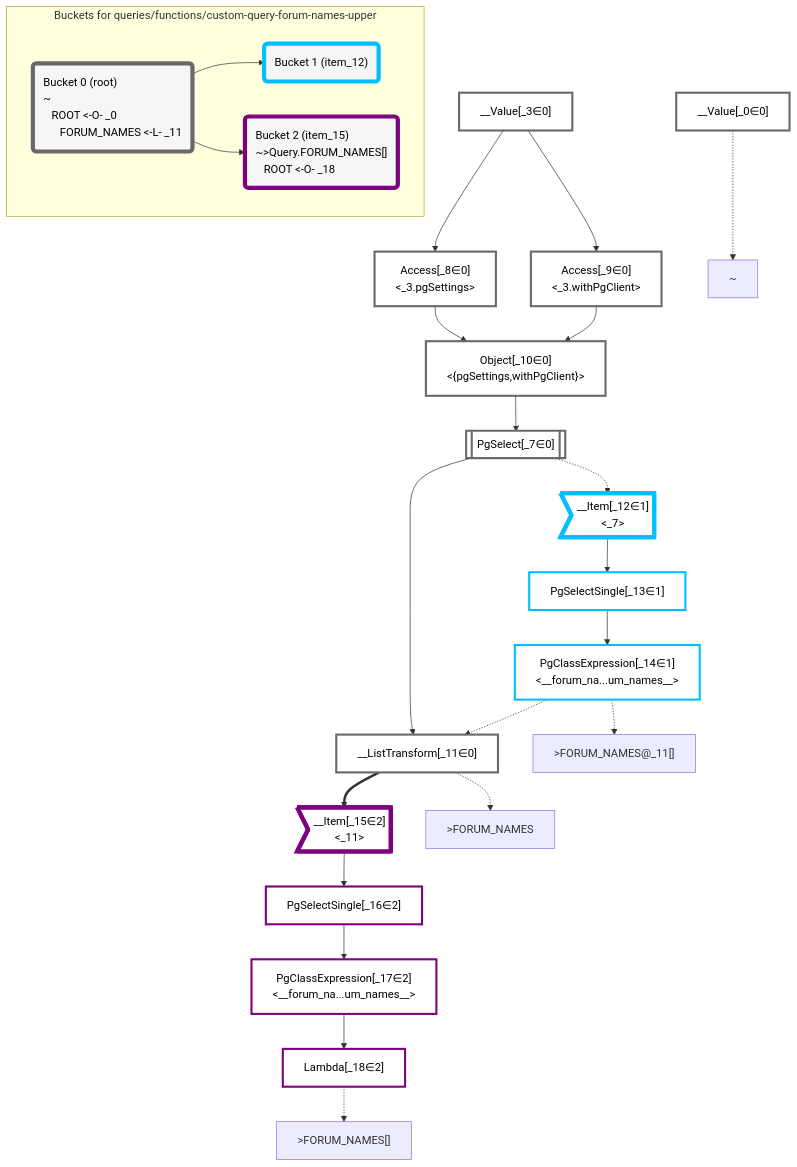
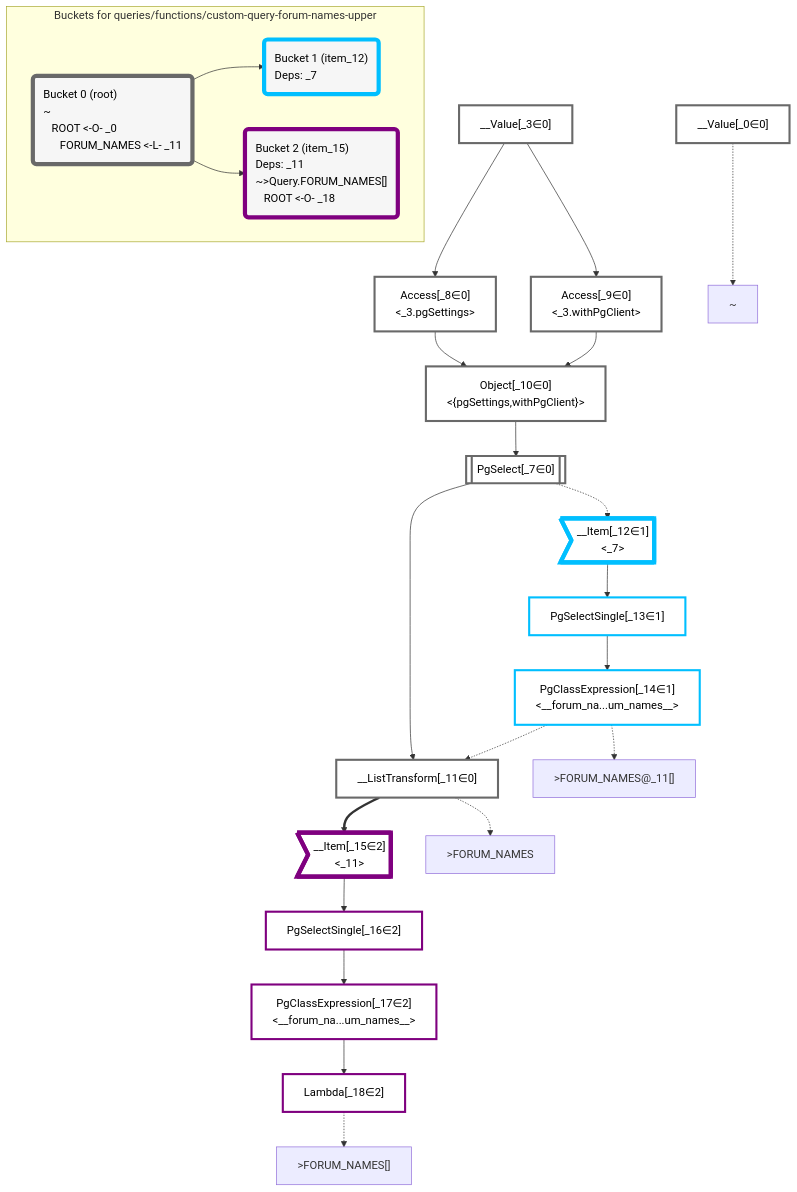
The diagram in packages/dataplan-pg/__tests__/queries/functions/custom-query-forum-names-upper.mermaid.md (graphile/crystal), drawn with Mermaid before and after one commit. The commit also changed 157 other files, not shown here.

Commit message:
Add deps to all query snapshots

````diff
--- a/packages/dataplan-pg/__tests__/queries/functions/custom-query-forum-names-upper.mermaid.md
+++ b/packages/dataplan-pg/__tests__/queries/functions/custom-query-forum-names-upper.mermaid.md
@@ -1,70 +1,70 @@
 ```mermaid
 graph TD
     classDef path fill:#eee,stroke:#000,color:#000
     classDef plan fill:#fff,stroke-width:3px,color:#000
     classDef itemplan fill:#fff,stroke-width:6px,color:#000
     classDef sideeffectplan fill:#f00,stroke-width:6px,color:#000
     classDef bucket fill:#f6f6f6,color:#000,stroke-width:6px,text-align:left
 
 
     %% define plans
     __Value_0["__Value[_0∈0]"]:::plan
     __Value_3["__Value[_3∈0]<br /><context>"]:::plan
     PgSelect_7[["PgSelect[_7∈0]<br /><forum_names>"]]:::plan
     Access_8["Access[_8∈0]<br /><_3.pgSettings>"]:::plan
     Access_9["Access[_9∈0]<br /><_3.withPgClient>"]:::plan
     Object_10["Object[_10∈0]<br /><{pgSettings,withPgClient}>"]:::plan
     __ListTransform_11["__ListTransform[_11∈0]<br /><each:_7>"]:::plan
     __Item_12>"__Item[_12∈1]<br /><_7>"]:::itemplan
     PgSelectSingle_13["PgSelectSingle[_13∈1]<br /><text>"]:::plan
     PgClassExpression_14["PgClassExpression[_14∈1]<br /><__forum_na...um_names__>"]:::plan
     __Item_15>"__Item[_15∈2]<br /><_11>"]:::itemplan
     PgSelectSingle_16["PgSelectSingle[_16∈2]<br /><text>"]:::plan
     PgClassExpression_17["PgClassExpression[_17∈2]<br /><__forum_na...um_names__>"]:::plan
     Lambda_18["Lambda[_18∈2]"]:::plan
 
     %% plan dependencies
     Object_10 --> PgSelect_7
     __Value_3 --> Access_8
     __Value_3 --> Access_9
     Access_8 --> Object_10
     Access_9 --> Object_10
     PgSelect_7 --> __ListTransform_11
     PgClassExpression_14 -.-> __ListTransform_11
     PgSelect_7 -.-> __Item_12
     __Item_12 --> PgSelectSingle_13
     PgSelectSingle_13 --> PgClassExpression_14
     __ListTransform_11 ==> __Item_15
     __Item_15 --> PgSelectSingle_16
     PgSelectSingle_16 --> PgClassExpression_17
     PgClassExpression_17 --> Lambda_18
 
     %% plan-to-path relationships
     P_0["~"]
     __Value_0 -.-> P_0
     P_11[">FORUM_NAMES"]
     __ListTransform_11 -.-> P_11
     P_14[">FORUM_NAMES@_11[]"]
     PgClassExpression_14 -.-> P_14
     P_18[">FORUM_NAMES[]"]
     Lambda_18 -.-> P_18
 
     %% allocate buckets
     classDef bucket0 stroke:#696969
     class __Value_0,__Value_3,PgSelect_7,Access_8,Access_9,Object_10,__ListTransform_11 bucket0
     classDef bucket1 stroke:#00bfff
     class __Item_12,PgSelectSingle_13,PgClassExpression_14 bucket1
     classDef bucket2 stroke:#7f007f
     class __Item_15,PgSelectSingle_16,PgClassExpression_17,Lambda_18 bucket2
 
     subgraph "Buckets for queries/functions/custom-query-forum-names-upper"
     Bucket0("Bucket 0 (root)<br />~<br />⠀ROOT <-O- _0<br />⠀⠀FORUM_NAMES <-L- _11"):::bucket
     style Bucket0 stroke:#696969
-    Bucket1("Bucket 1 (item_12)"):::bucket
+    Bucket1("Bucket 1 (item_12)<br />Deps: _7"):::bucket
     style Bucket1 stroke:#00bfff
     Bucket0 --> Bucket1
-    Bucket2("Bucket 2 (item_15)<br />~>Query.FORUM_NAMES[]<br />⠀ROOT <-O- _18"):::bucket
+    Bucket2("Bucket 2 (item_15)<br />Deps: _11<br />~>Query.FORUM_NAMES[]<br />⠀ROOT <-O- _18"):::bucket
     style Bucket2 stroke:#7f007f
     Bucket0 --> Bucket2
     end
 ```
````
